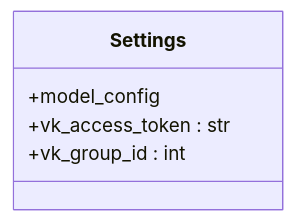
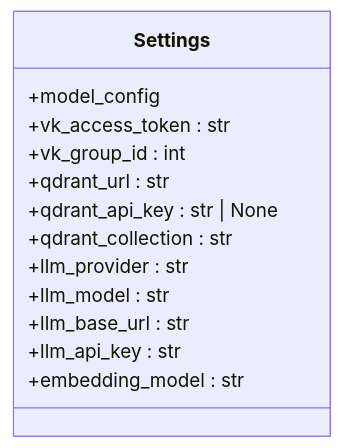
Before and after one commit to ognelis/cafetera_hr_bot: the third of 6 diagrams in .qoder/repowiki/en/content/Configuration Management.md, drawn with Mermaid. The commit also changed other lines of this file and 13 other files, not shown here.

````diff
--- a/.qoder/repowiki/en/content/Configuration Management.md
+++ b/.qoder/repowiki/en/content/Configuration Management.md
@@ -115,8 +146,16 @@
 ```mermaid
 classDiagram
 class Settings {
 +model_config
 +vk_access_token : str
 +vk_group_id : int
++qdrant_url : str
++qdrant_api_key : str | None
++qdrant_collection : str
++llm_provider : str
++llm_model : str
++llm_base_url : str
++llm_api_key : str
++embedding_model : str
 }
 ```
````
